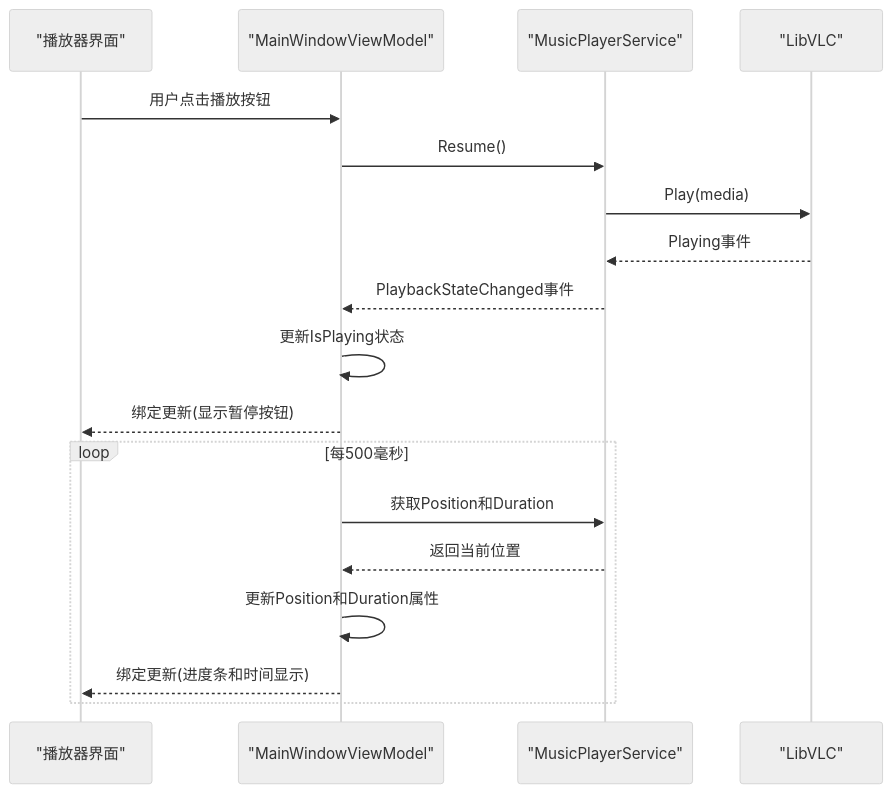
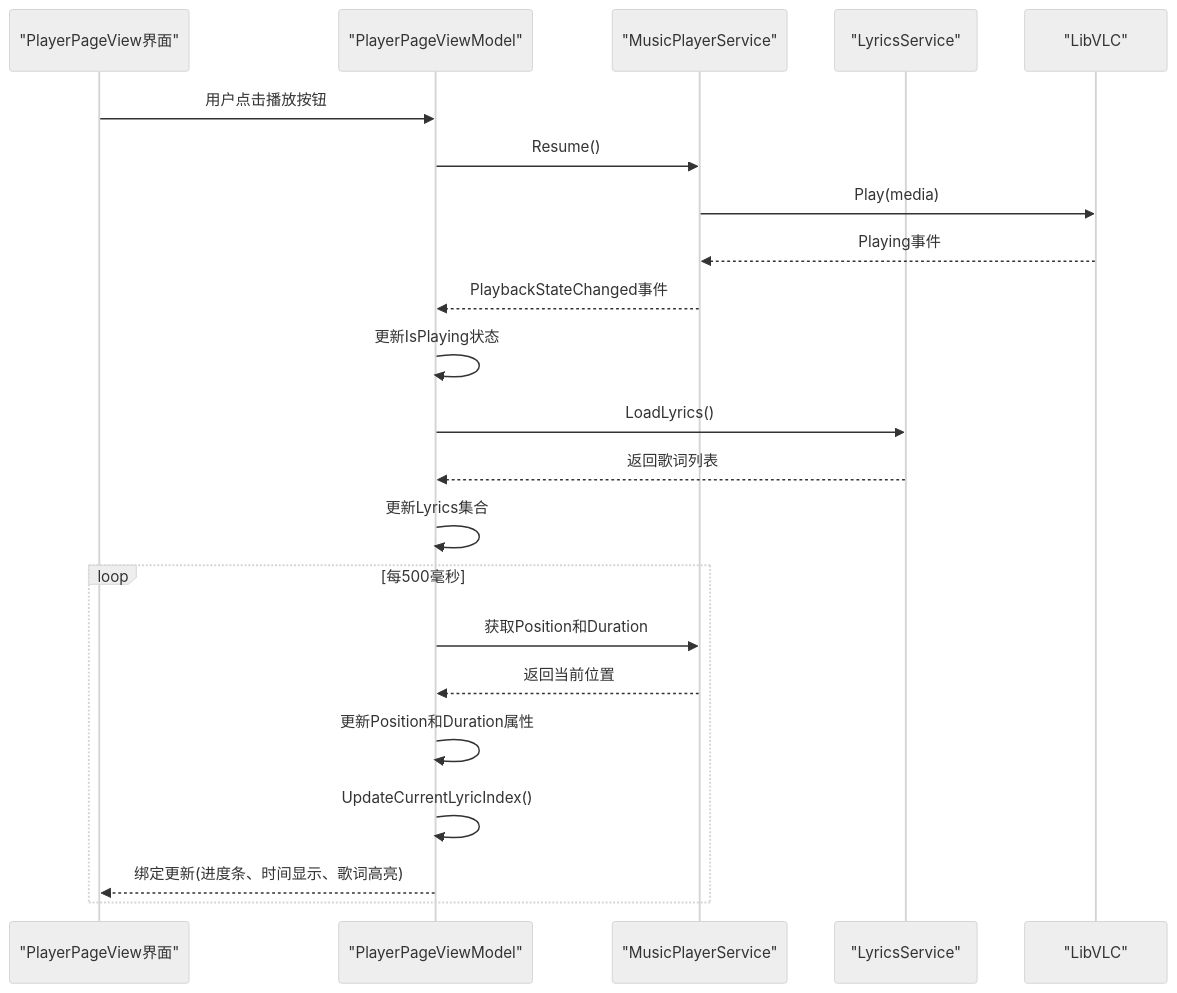
One commit to mariamjensen42-glitch/LocalMusicPlayer changed the second of 10 diagrams in .qoder/repowiki/zh/content/用户界面层/播放器界面.md. Above: the diagram before and after it, drawn with Mermaid (neutral theme). The commit also changed other lines of this file and 23 other files, not shown here.

````diff
--- a/.qoder/repowiki/zh/content/用户界面层/播放器界面.md
+++ b/.qoder/repowiki/zh/content/用户界面层/播放器界面.md
@@ -114,20 +156,24 @@
 ```mermaid
 sequenceDiagram
-participant UI as "播放器界面"
-participant VM as "MainWindowViewModel"
+participant UI as "PlayerPageView界面"
+participant PPVM as "PlayerPageViewModel"
 participant MPS as "MusicPlayerService"
+participant LS as "LyricsService"
 participant VLC as "LibVLC"
-UI->>VM : 用户点击播放按钮
-VM->>MPS : Resume()
+UI->>PPVM : 用户点击播放按钮
+PPVM->>MPS : Resume()
 MPS->>VLC : Play(media)
 VLC-->>MPS : Playing事件
-MPS-->>VM : PlaybackStateChanged事件
-VM->>VM : 更新IsPlaying状态
-VM-->>UI : 绑定更新(显示暂停按钮)
+MPS-->>PPVM : PlaybackStateChanged事件
+PPVM->>PPVM : 更新IsPlaying状态
+PPVM->>LS : LoadLyrics()
+LS-->>PPVM : 返回歌词列表
+PPVM->>PPVM : 更新Lyrics集合
 loop 每500毫秒
-VM->>MPS : 获取Position和Duration
-MPS-->>VM : 返回当前位置
-VM->>VM : 更新Position和Duration属性
-VM-->>UI : 绑定更新(进度条和时间显示)
+PPVM->>MPS : 获取Position和Duration
+MPS-->>PPVM : 返回当前位置
+PPVM->>PPVM : 更新Position和Duration属性
+PPVM->>PPVM : UpdateCurrentLyricIndex()
+PPVM-->>UI : 绑定更新(进度条、时间显示、歌词高亮)
 end
 ```
````
